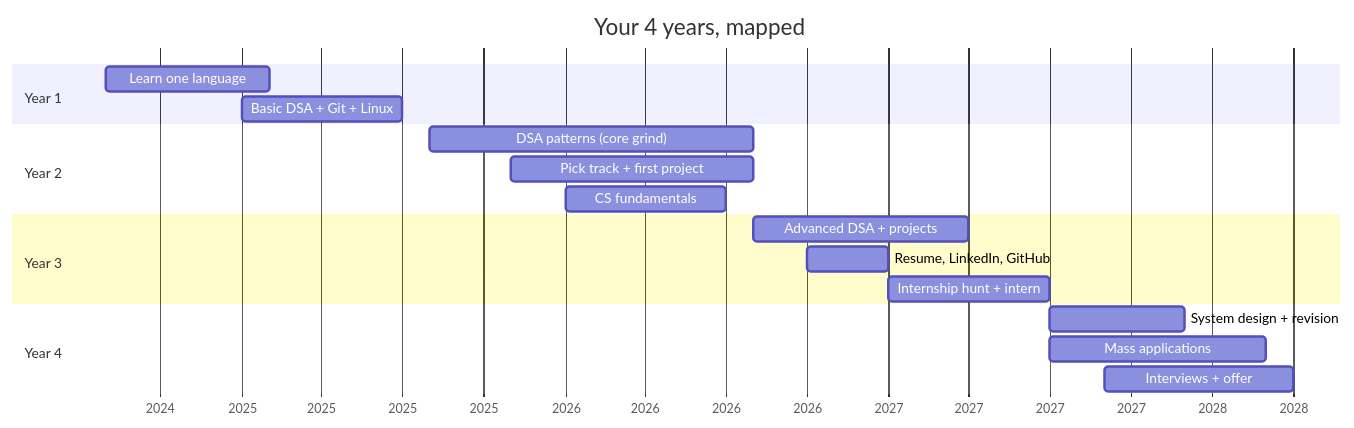
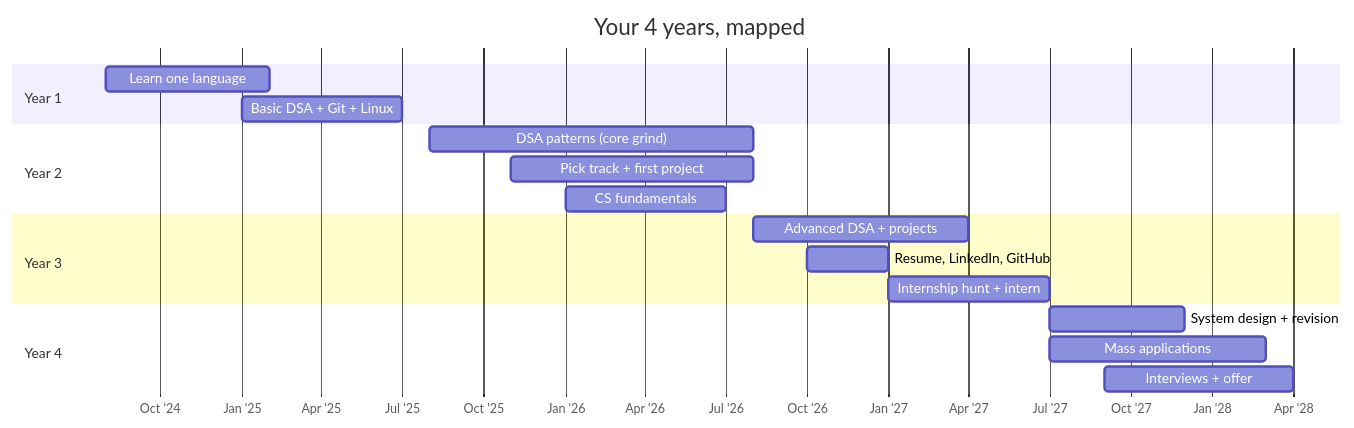
One commit to sumitsingh4411/Placement-Preparation-Roadmap changed the diagram in roadmap/README.md. Above: the diagram before and after it, drawn with Mermaid. The commit also changed 6 other files, not shown here.

First line of the commit message:
Give the gantt axis distinct labels and stronger bars

````diff
--- a/roadmap/README.md
+++ b/roadmap/README.md
@@ -15,27 +15,26 @@
 ```mermaid
 gantt
     title Your 4 years, mapped
     dateFormat YYYY-MM
-    axisFormat %Y
-    tickInterval 1year
+    axisFormat %b '%y
     todayMarker off
 
     section Year 1
     Learn one language          :2024-08, 6M
     Basic DSA + Git + Linux     :2025-01, 6M
 
     section Year 2
     DSA patterns (core grind)   :2025-08, 12M
     Pick track + first project  :2025-11, 9M
     CS fundamentals             :2026-01, 6M
 
     section Year 3
     Advanced DSA + projects     :2026-08, 8M
     Resume, LinkedIn, GitHub    :2026-10, 3M
     Internship hunt + intern    :2027-01, 6M
 
     section Year 4
     System design + revision    :2027-07, 5M
     Mass applications           :2027-07, 8M
     Interviews + offer          :2027-09, 7M
 ```
````
